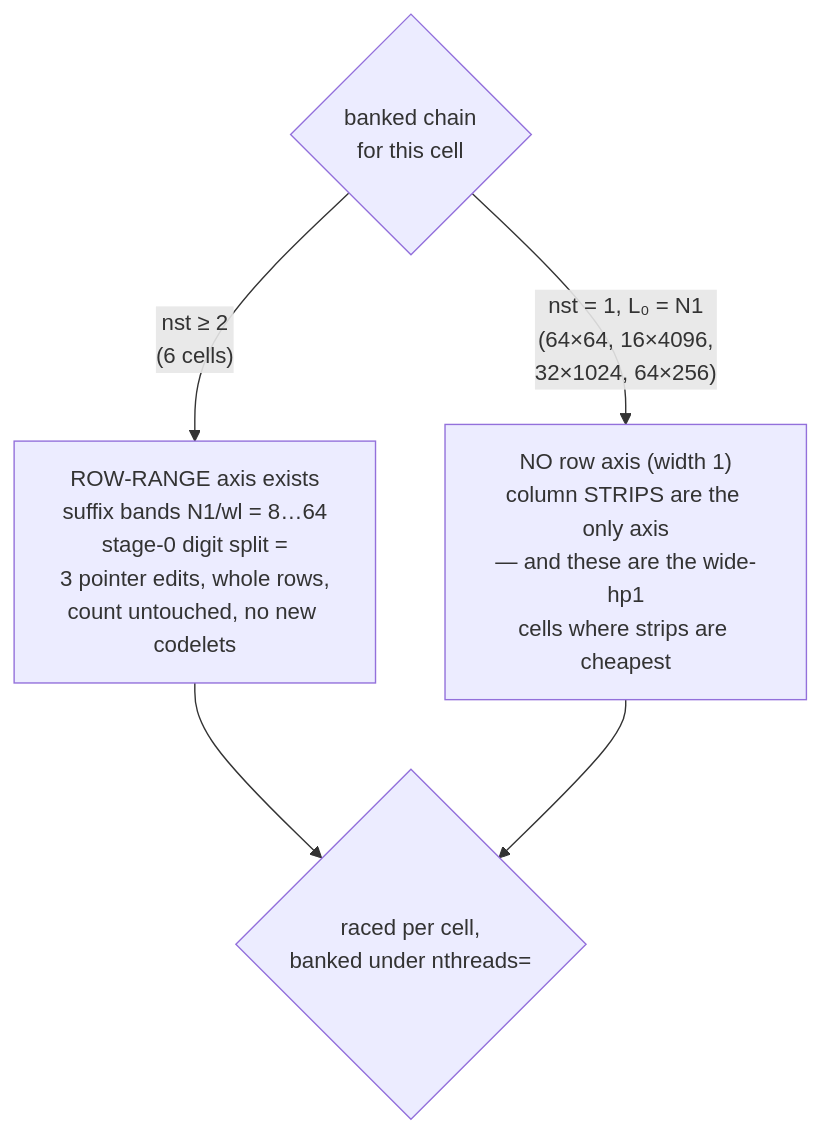
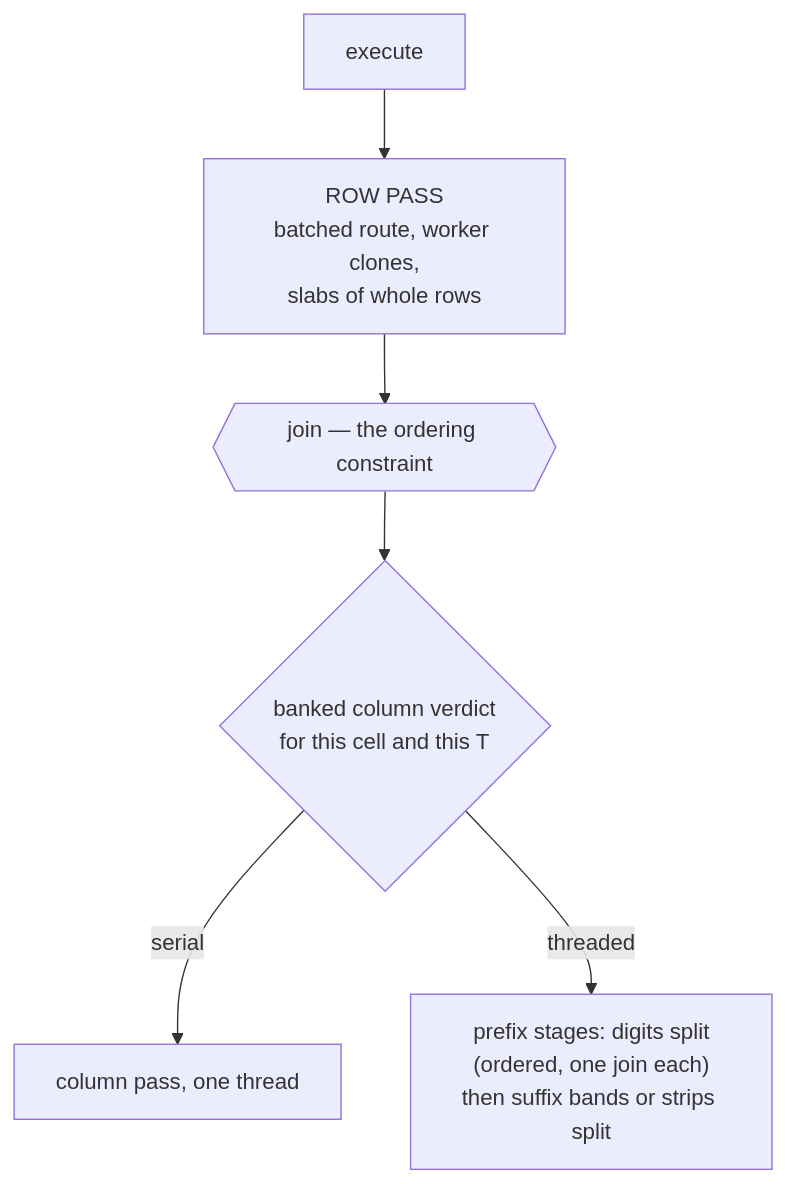
Before and after one commit to Tugbars/VectorFFT: the fifth of 5 diagrams in docs/design/il2d_real_mt.md, drawn with Mermaid. The commit also changed other lines of this file, not shown here.

````diff
--- a/docs/design/il2d_real_mt.md
+++ b/docs/design/il2d_real_mt.md
@@ -64,8 +325,8 @@
 ```mermaid
 flowchart TB
-    C{"banked chain<br/>for this cell"}
-    C -->|"nst ≥ 2<br/>(6 cells)"| RR["ROW-RANGE axis exists<br/>suffix bands N1/wl = 8…64<br/>stage-0 digit split =<br/>3 pointer edits, whole rows,<br/>count untouched, no new codelets"]
-    C -->|"nst = 1, L₀ = N1<br/>(64×64, 16×4096,<br/>32×1024, 64×256)"| ST["NO row axis (width 1)<br/>column STRIPS are the only axis<br/>— and these are the wide-hp1<br/>cells where strips are cheapest"]
-    RR --> R{"raced per cell,<br/>banked under nthreads="}
-    ST --> R
+    S["execute"] --> R["ROW PASS<br/>batched route, worker clones,<br/>slabs of whole rows"]
+    R --> B{{"join — the ordering constraint"}}
+    B --> Q{"banked column verdict<br/>for this cell and this T"}
+    Q -->|serial| CS["column pass, one thread"]
+    Q -->|threaded| CP["prefix stages: digits split<br/>(ordered, one join each)<br/>then suffix bands or strips split"]
 ```
````
